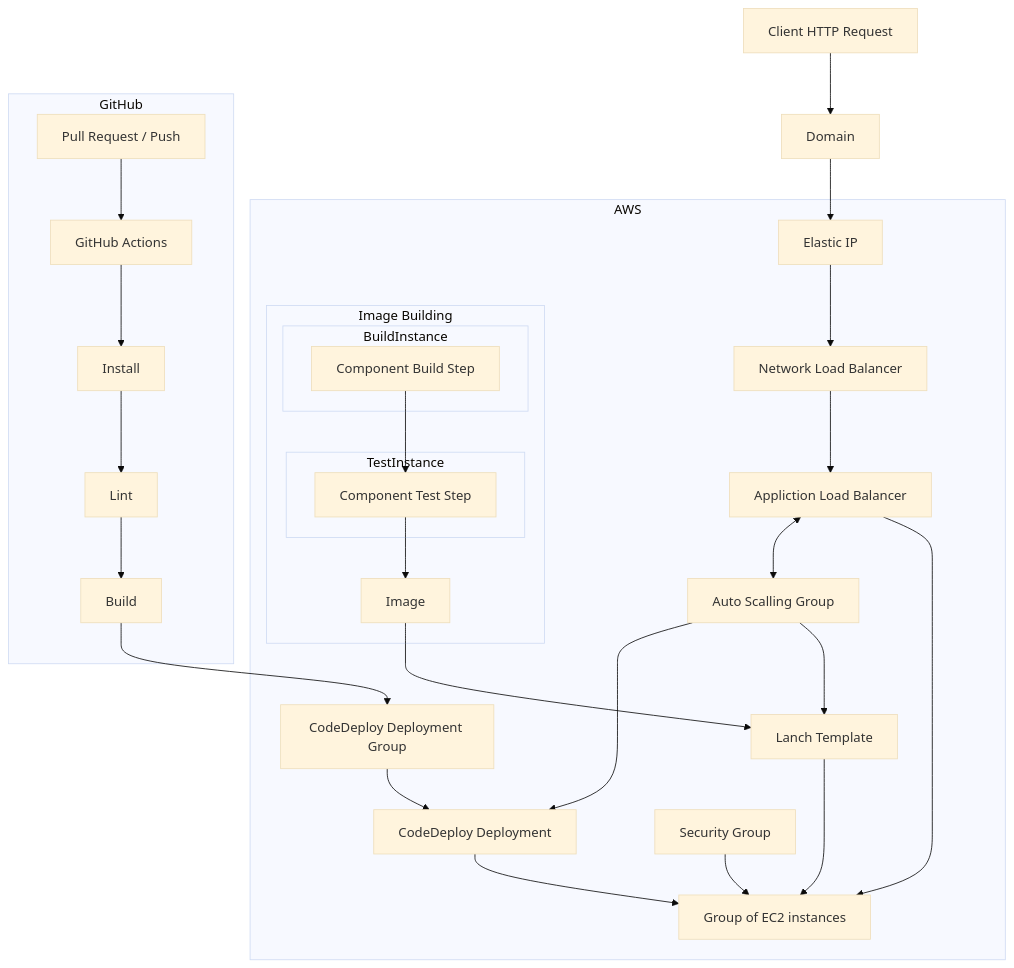
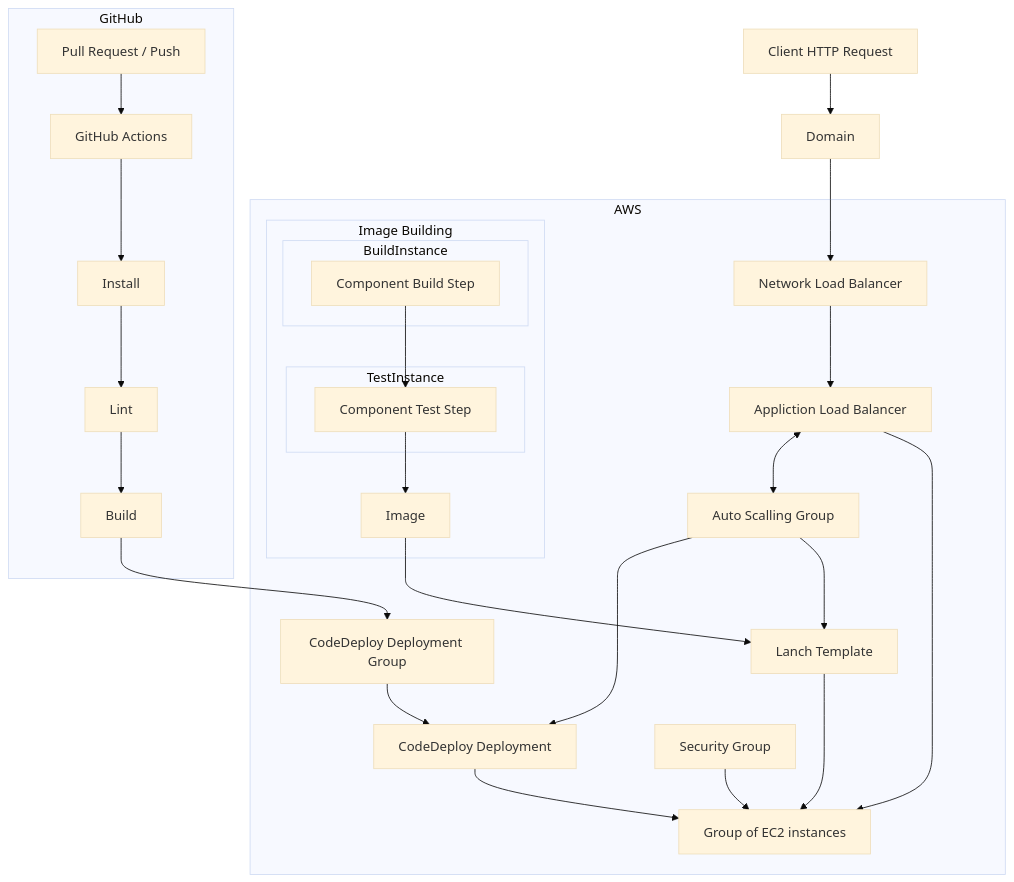
One commit to omer-priel/madabclick changed the second of 3 diagrams in README.md. Above: the diagram before and after it, drawn with Mermaid (base theme). The commit also changed other lines of this file and 7 other files, not shown here.

````diff
--- a/README.md
+++ b/README.md
@@ -29,31 +29,30 @@
 ```mermaid
 flowchart TB
   subgraph GitHub
     PR[Pull Request / Push] --> GA[GitHub Actions] --> GInstall[Install] --> GLint[Lint] --> GBuild[Build] 
   end
 
-  ClientRequest[Client HTTP Request] --> Domain --> EIP
+  ClientRequest[Client HTTP Request] --> Domain --> NLB
 
   subgraph AWS
     subgraph Image Building
       subgraph BuildInstance
         ImageComponentBuild[Component Build Step]
       end
       subgraph TestInstance
         ImageComponentTest[Component Test Step]
       end
       ImageComponentBuild --> ImageComponentTest --> Image
     end
 
     CodeDeploy[CodeDeploy Deployment Group] --> Deployment[CodeDeploy Deployment] --> EC2[Group of EC2 instances]
     Image --> LT[Lanch Template]
     ASG[Auto Scalling Group] --> LT ---> EC2
     ASG --> Deployment
-    EIP[Elastic IP] --> NLB[Network Load Balancer]
-    NLB --> ALB[Appliction Load Balancer] --> EC2
+    NLB[Network Load Balancer] --> ALB[Appliction Load Balancer] --> EC2
     ALB <--> ASG
     SG[Security Group] --> EC2
   end
     
   GBuild --> CodeDeploy
 ```
````
